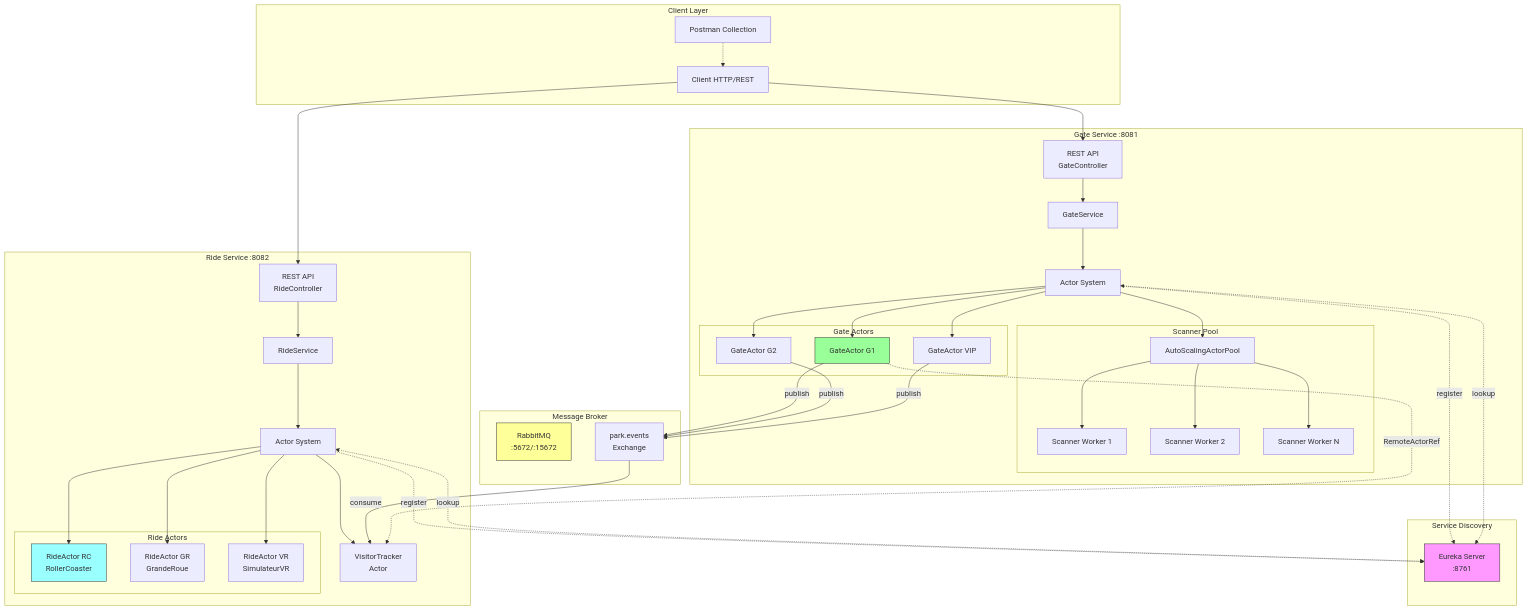
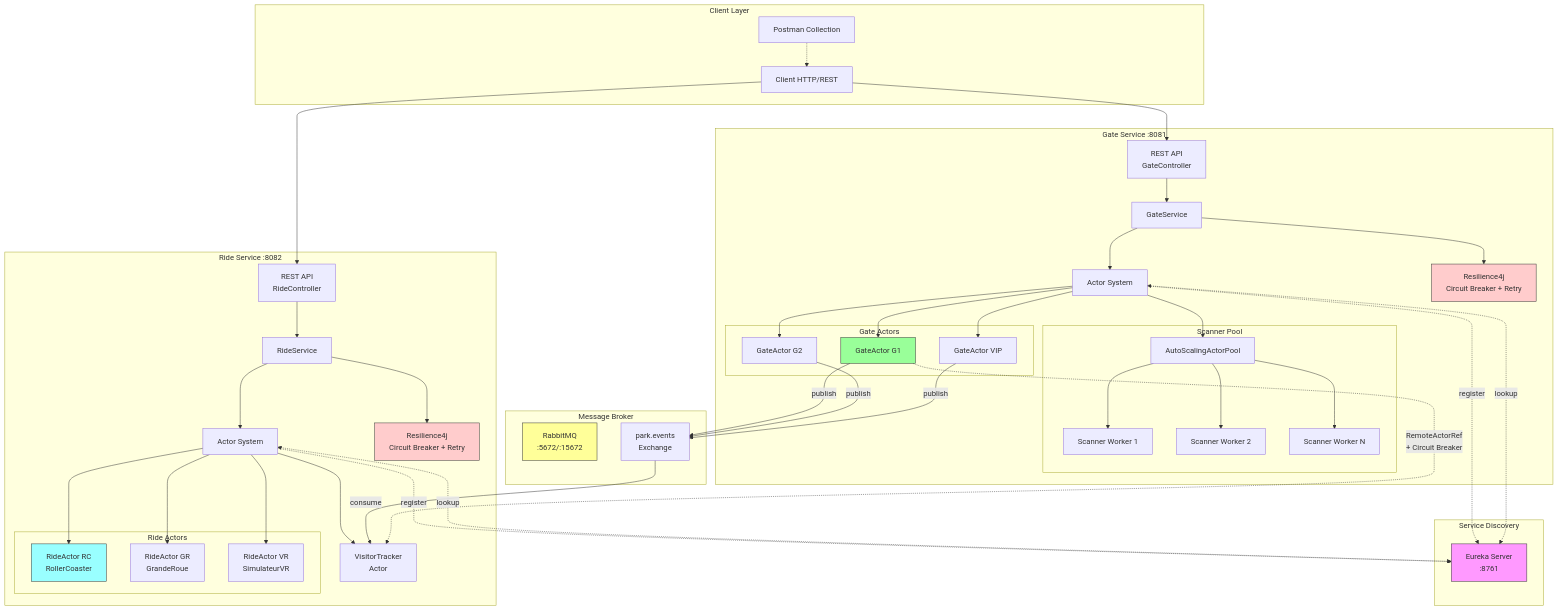
Before and after one commit to Myri23/CY_Land: the first of 16 diagrams in docs/ARCHITECTURE.md, drawn with Mermaid. The commit also changed other lines of this file, not shown here.

First line of the commit message:
Enhance architecture documentation with resilience and testing

````diff
--- a/docs/ARCHITECTURE.md
+++ b/docs/ARCHITECTURE.md
@@ -37,6 +39,7 @@
         GS_API[REST API<br/>GateController]
         GS_SERVICE[GateService]
         GS_ACTORS[Actor System]
+        GS_RESILIENCE[Resilience4j<br/>Circuit Breaker + Retry]
         
         subgraph "Gate Actors"
             G1[GateActor G1]
@@ -56,6 +59,7 @@
         RS_API[REST API<br/>RideController]
         RS_SERVICE[RideService]
         RS_ACTORS[Actor System]
+        RS_RESILIENCE[Resilience4j<br/>Circuit Breaker + Retry]
         
         subgraph "Ride Actors"
             RC[RideActor RC<br/>RollerCoaster]
@@ -72,6 +76,7 @@
     
     GS_API --> GS_SERVICE
     GS_SERVICE --> GS_ACTORS
+    GS_SERVICE --> GS_RESILIENCE
     GS_ACTORS --> G1
     GS_ACTORS --> G2
     GS_ACTORS --> VIP
@@ -82,6 +87,7 @@
     
     RS_API --> RS_SERVICE
     RS_SERVICE --> RS_ACTORS
+    RS_SERVICE --> RS_RESILIENCE
     RS_ACTORS --> RC
     RS_ACTORS --> GR
     RS_ACTORS --> VR
@@ -99,10 +105,12 @@
     GS_ACTORS <-.->|lookup| EUREKA
     RS_ACTORS <-.->|lookup| EUREKA
     
-    G1 -.->|RemoteActorRef| TRACKER
+    G1 -.->|RemoteActorRef<br/>+ Circuit Breaker| TRACKER
     
     style EUREKA fill:#f9f,stroke:#333
     style RABBIT fill:#ff9,stroke:#333
     style G1 fill:#9f9,stroke:#333
     style RC fill:#9ff,stroke:#333
+    style GS_RESILIENCE fill:#fcc,stroke:#333
+    style RS_RESILIENCE fill:#fcc,stroke:#333
 ```
````
